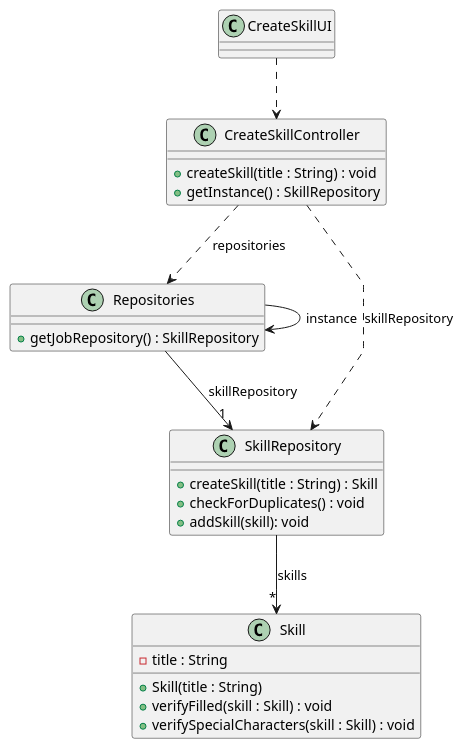
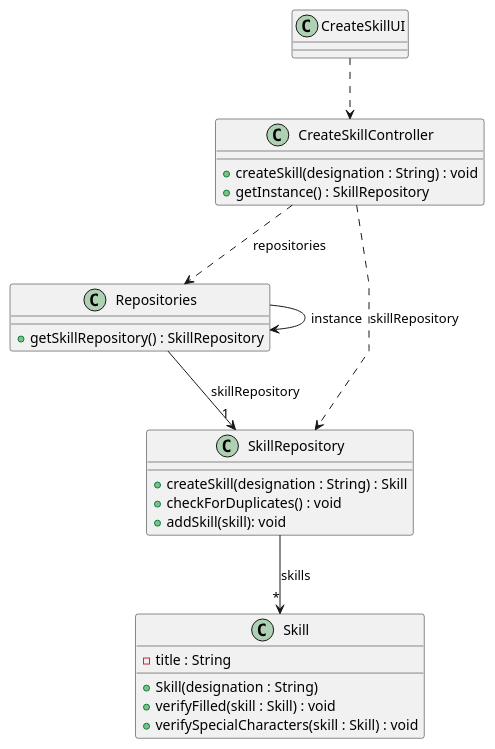
The diagram in docs/sprintB/us001/03.design/puml/us001-class-diagram.puml (ricardomm7/leaflink), drawn with PlantUML before and after one commit.

Commit message:
LFC2-142 us001 cohesion corrections

```diff
--- a/docs/sprintB/us001/03.design/puml/us001-class-diagram.puml
+++ b/docs/sprintB/us001/03.design/puml/us001-class-diagram.puml
@@ -1,40 +1,40 @@
 @startuml
 skinparam packageStyle rectangle
 skinparam shadowing false
 skinparam linetype polyline
 
 'left to right direction
 
 class CreateSkillUI {
 }
 
 class CreateSkillController {
-    +createSkill(title : String) : void
+    +createSkill(designation : String) : void
     +getInstance() : SkillRepository
 }
 
 class Repositories {
-    +getJobRepository() : SkillRepository
+    +getSkillRepository() : SkillRepository
 }
 
 class SkillRepository {
-    +createSkill(title : String) : Skill
+    +createSkill(designation : String) : Skill
     +checkForDuplicates() : void
     +addSkill(skill): void
 }
 
 class Skill {
     - title : String
-    + Skill(title : String)
+    + Skill(designation : String)
     +verifyFilled(skill : Skill) : void
     +verifySpecialCharacters(skill : Skill) : void
 }
 
 CreateSkillUI ..> CreateSkillController
 Repositories --> "1" SkillRepository : skillRepository
 Repositories --> Repositories : instance
 SkillRepository --> "*" Skill : skills
 CreateSkillController ..> Repositories : repositories
 CreateSkillController ..> SkillRepository : skillRepository
 
 @enduml
```
